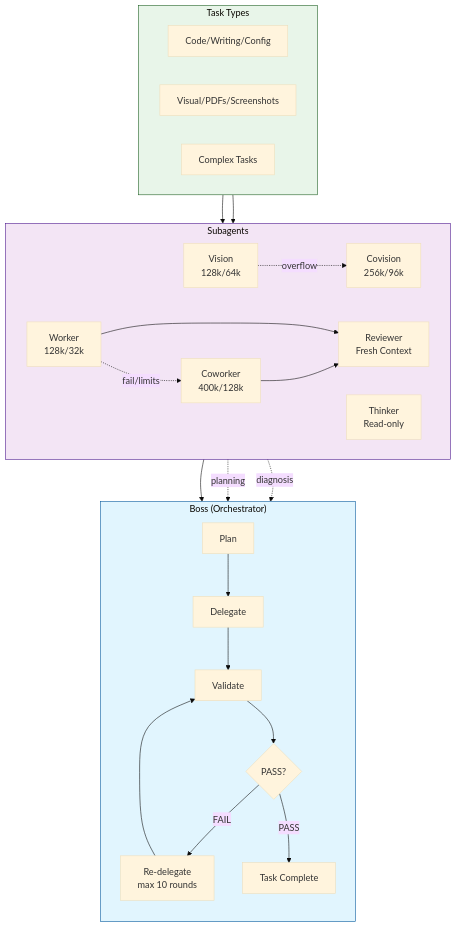
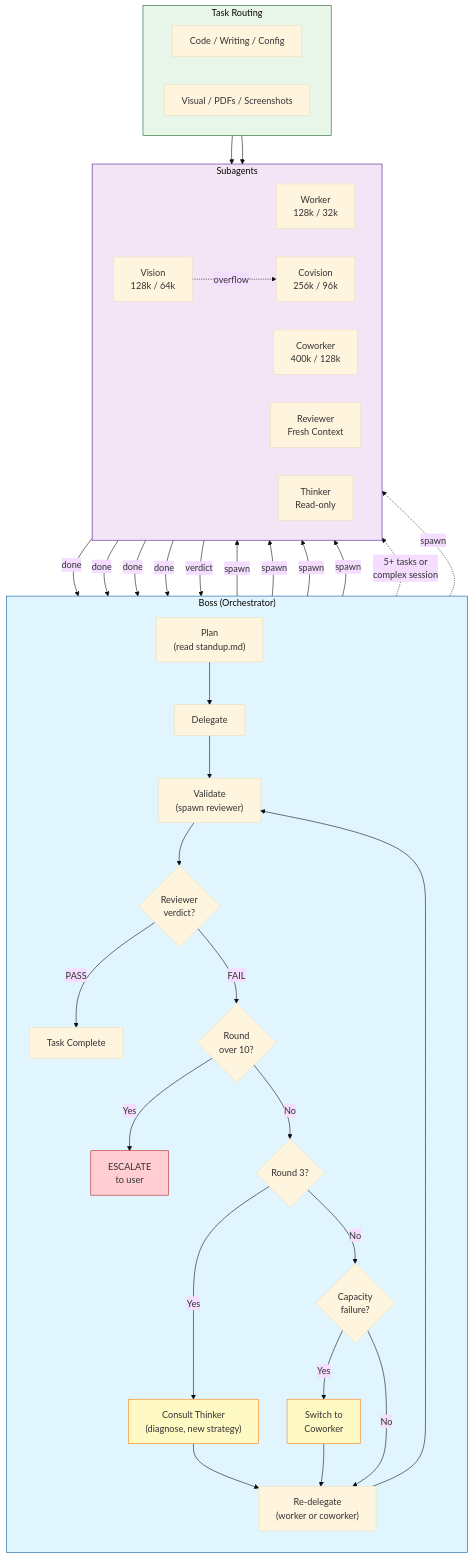
Before and after one commit to chektien/agents: the diagram in README.md, drawn with Mermaid (base theme). The commit also changed other lines of this file, not shown here.

Commit message:
Update mermaid diagram to reflect full boss orchestration workflow
Diagram now accurately shows: round-limit check (>10 escalates to user),
round-3 thinker consultation trigger, coworker escalation path for capacity
failures, reviewer always spawned for validation (boss never self-reviews),
and explicit spawn/done/verdict connections between boss and subagents.
Removed stale 'Complex Tasks' category and 'W-->RV' direct connections
(reviewer is spawned by boss, not by worker). Updated execution flow text
with detailed re-delegate loop mechanics and standup marker documentation.

````diff
--- a/README.md
+++ b/README.md
@@ -87,44 +87,60 @@
 ```mermaid
 flowchart TB
     subgraph BOSS["Boss (Orchestrator)"]
         direction TB
-        P[Plan] --> D[Delegate]
-        D --> V[Validate]
-        V --> R{PASS?}
-        R -->|FAIL| RD[Re-delegate<br/>max 10 rounds]
+        P["Plan<br/>(read standup.md)"] --> D[Delegate]
+        D --> V["Validate<br/>(spawn reviewer)"]
+        V --> R{Reviewer<br/>verdict?}
+        R -->|PASS| DONE[Task Complete]
+        R -->|FAIL| LIMIT{Round<br/>over 10?}
+        LIMIT -->|Yes| USER["ESCALATE<br/>to user"]
+        LIMIT -->|No| R3{Round 3?}
+        R3 -->|Yes| TK["Consult Thinker<br/>(diagnose, new strategy)"]
+        TK --> RD
+        R3 -->|No| CAP{Capacity<br/>failure?}
+        CAP -->|Yes| ESC["Switch to<br/>Coworker"]
+        ESC --> RD
+        CAP -->|No| RD["Re-delegate<br/>(worker or coworker)"]
         RD --> V
-        R -->|PASS| DONE[Task Complete]
     end
 
     subgraph SUBAGENTS["Subagents"]
         direction LR
-        W[Worker<br/>128k/32k]
-        CW[Coworker<br/>400k/128k]
-        RV[Reviewer<br/>Fresh Context]
-        T[Thinker<br/>Read-only]
-        VV[Vision<br/>128k/64k]
-        CV[Covision<br/>256k/96k]
+        W["Worker<br/>128k / 32k"]
+        CW["Coworker<br/>400k / 128k"]
+        RV["Reviewer<br/>Fresh Context"]
+        T["Thinker<br/>Read-only"]
+        VV["Vision<br/>128k / 64k"]
+        CV["Covision<br/>256k / 96k"]
     end
 
-    subgraph TASKS["Task Types"]
+    subgraph TASKS["Task Routing"]
         direction LR
-        CODE[Code/Writing/Config]
-        VISUAL[Visual/PDFs/Screenshots]
-        COMPLEX[Complex Tasks]
+        CODE[Code / Writing / Config]
+        VISUAL[Visual / PDFs / Screenshots]
     end
 
     CODE --> W
     VISUAL --> VV
     VV -.->|overflow| CV
-    W -.->|fail/limits| CW
-    W --> RV
-    CW --> RV
-    RV --> V
 
-    T -.->|planning| P
-    T -.->|diagnosis| RD
+    D -->|spawn| W
+    D -->|spawn| VV
+    D -->|spawn| CW
+    W -->|done| V
+    CW -->|done| V
+    VV -->|done| V
+    CV -->|done| V
+    V -->|spawn| RV
+    RV -->|verdict| R
+
+    P -.->|"5+ tasks or<br/>complex session"| T
+    TK -.->|spawn| T
 
     style BOSS fill:#e1f5fe,stroke:#01579b
     style SUBAGENTS fill:#f3e5f5,stroke:#4a148c
     style TASKS fill:#e8f5e9,stroke:#1b5e20
+    style USER fill:#ffcdd2,stroke:#b71c1c
+    style TK fill:#fff9c4,stroke:#f57f17
+    style ESC fill:#fff9c4,stroke:#f57f17
 ```
````
